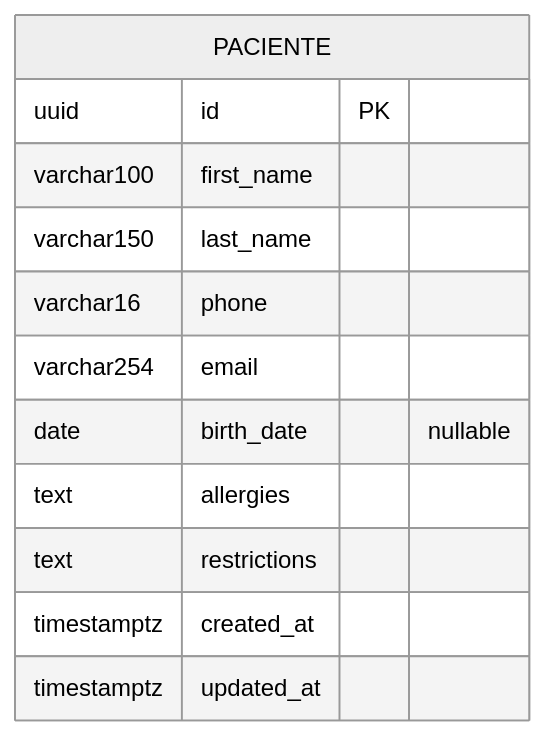
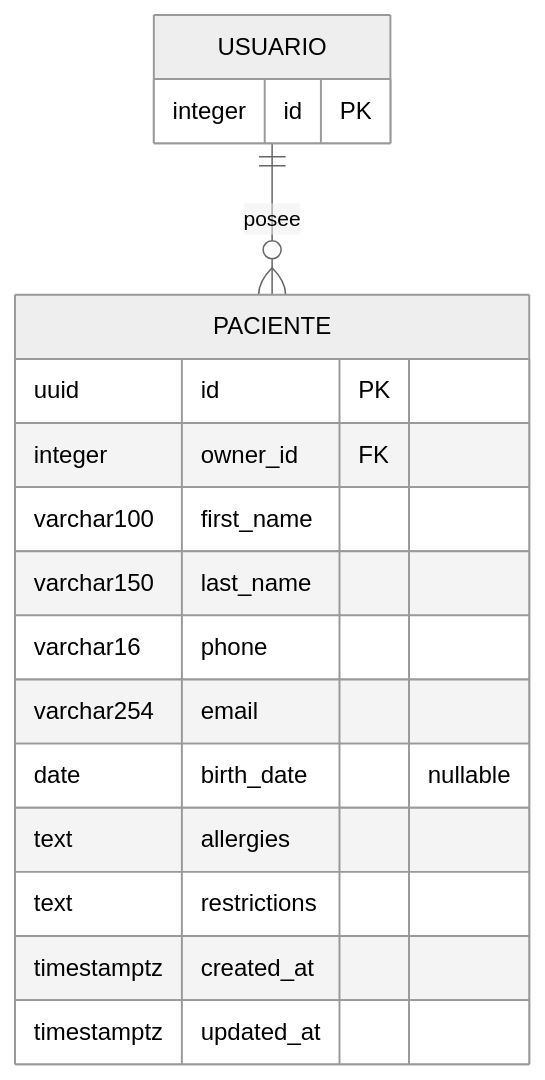
Before and after one commit to jilderdionisio-cloud/GestNutri: the diagram in docs/data/ERD_S1.md, drawn with Mermaid (neutral theme). The commit also changed other lines of this file and 3 other files, not shown here.

````diff
--- a/docs/data/ERD_S1.md
+++ b/docs/data/ERD_S1.md
@@ -5,15 +5,20 @@
 ```mermaid
 erDiagram
+    USUARIO ||--o{ PACIENTE : posee
+    USUARIO {
+        integer id PK
+    }
     PACIENTE {
         uuid id PK
+        integer owner_id FK
         varchar100 first_name
         varchar150 last_name
         varchar16 phone
         varchar254 email
         date birth_date "nullable"
         text allergies
         text restrictions
         timestamptz created_at
         timestamptz updated_at
     }
 ```
````
